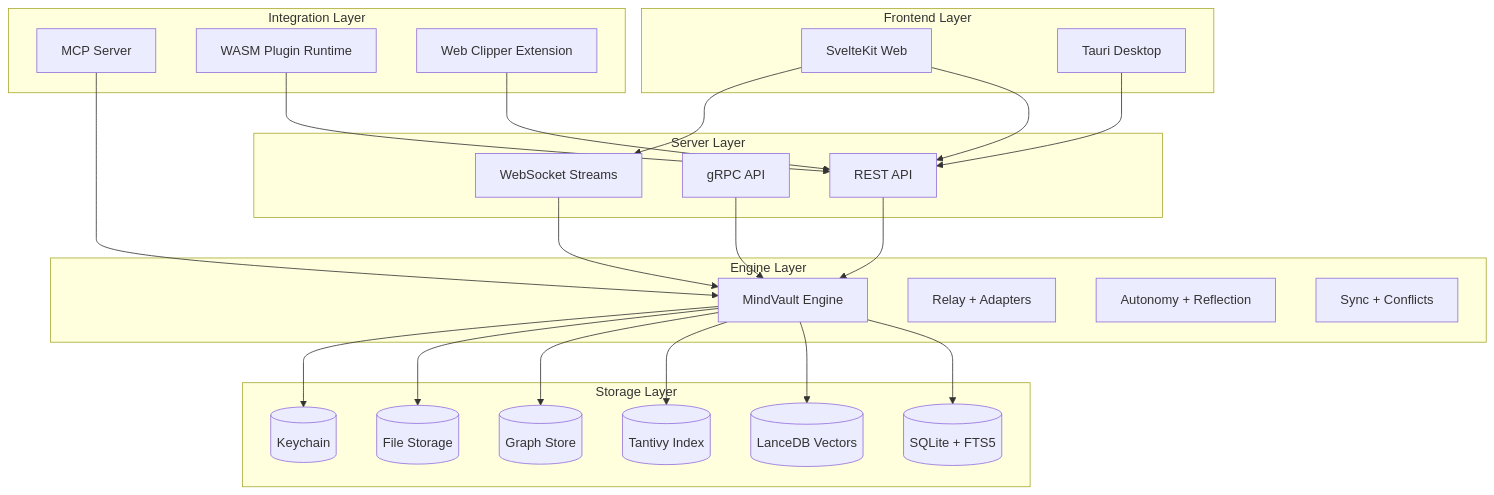
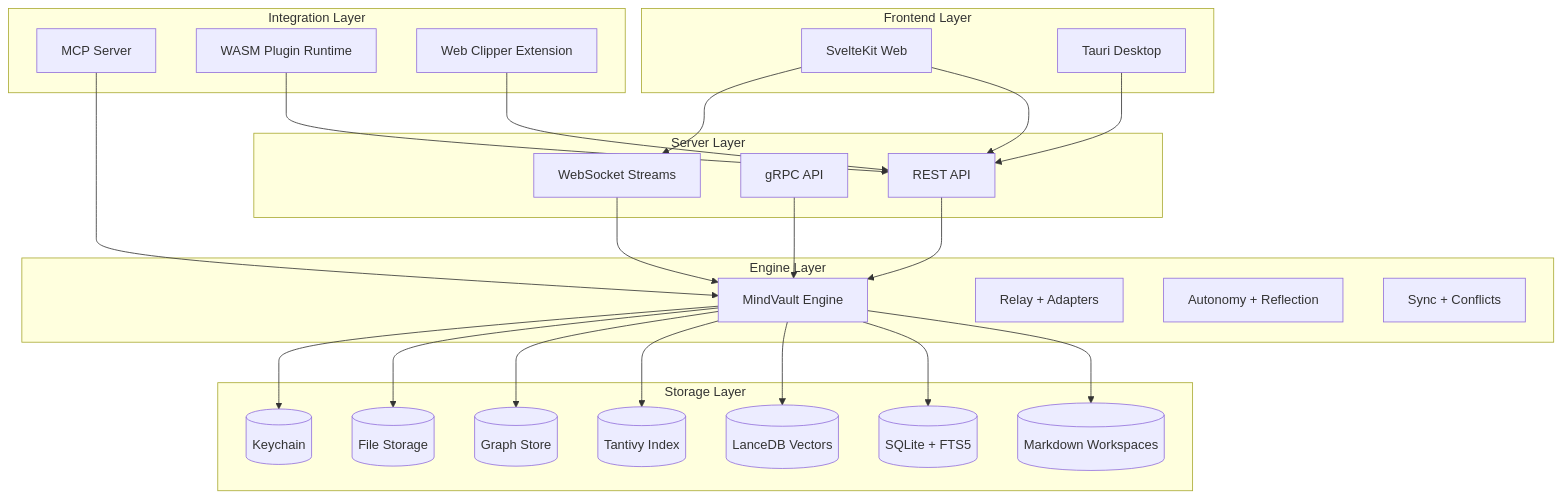
Before and after one commit to wwk5q8z6kk-bit/mindvault: the diagram in docs/architecture/system-overview.md, drawn with Mermaid. The commit also changed other lines of this file and 42 other files, not shown here.

First line of the commit message:
docs: ratify interoperability constitution, ADRs 008-012, and architecture contracts

````diff
--- a/docs/architecture/system-overview.md
+++ b/docs/architecture/system-overview.md
@@ -5,51 +9,53 @@
 ```mermaid
 graph TD
   subgraph UI["Frontend Layer"]
     UIWeb[SvelteKit Web]
     UITauri[Tauri Desktop]
   end
 
   subgraph API["Server Layer"]
     REST[REST API]
     GRPC[gRPC API]
     WS[WebSocket Streams]
   end
 
   subgraph ENG["Engine Layer"]
     ENGCore[MindVault Engine]
     Relay[Relay + Adapters]
     Auto[Autonomy + Reflection]
     Sync[Sync + Conflicts]
   end
 
   subgraph STORE["Storage Layer"]
+    Workspace[(Markdown Workspaces)]
     SQLite[(SQLite + FTS5)]
     Lance[(LanceDB Vectors)]
     Tantivy[(Tantivy Index)]
     Graph[(Graph Store)]
     Files[(File Storage)]
     Keychain[(Keychain)]
   end
 
   subgraph INT["Integration Layer"]
     MCP[MCP Server]
     Plugins[WASM Plugin Runtime]
     Clipper[Web Clipper Extension]
   end
 
   UIWeb --> REST
   UIWeb --> WS
   UITauri --> REST
   REST --> ENGCore
   GRPC --> ENGCore
   WS --> ENGCore
+  ENGCore --> Workspace
   ENGCore --> SQLite
   ENGCore --> Lance
   ENGCore --> Tantivy
   ENGCore --> Graph
   ENGCore --> Files
   ENGCore --> Keychain
   MCP --> ENGCore
   Plugins --> REST
   Clipper --> REST
 ```
````
